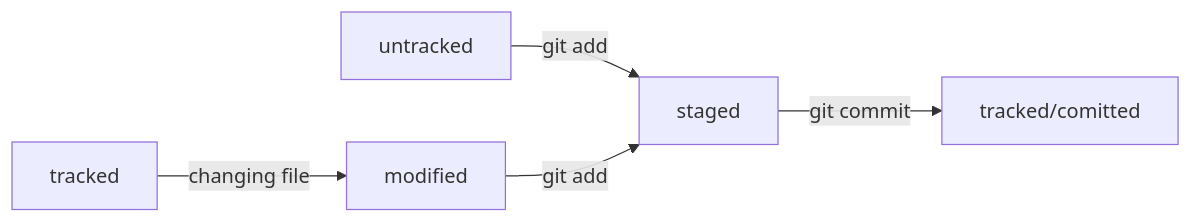
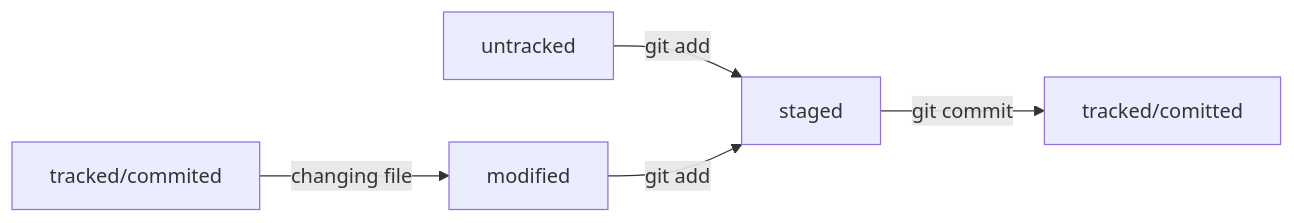
The diagram in README.md (GVarya/aboutGit), drawn with Mermaid before and after one commit. The commit also changed other lines of this file, not shown here.

````diff
--- a/README.md
+++ b/README.md
@@ -97,7 +98,7 @@
 ```mermaid
 graph LR;
   untracked -- "git add" --> staged;
   staged    -- "git commit"     --> tracked/comitted;
-  tracked -- "changing file" --> modified
+  tracked/commited -- "changing file" --> modified
   modified -- "git add" --> staged;
 ```
````
